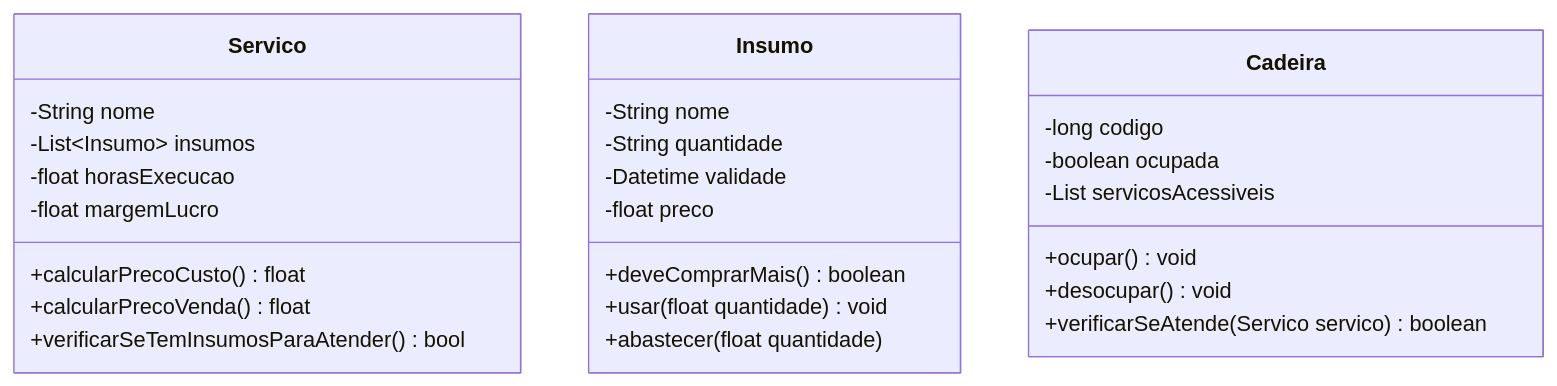
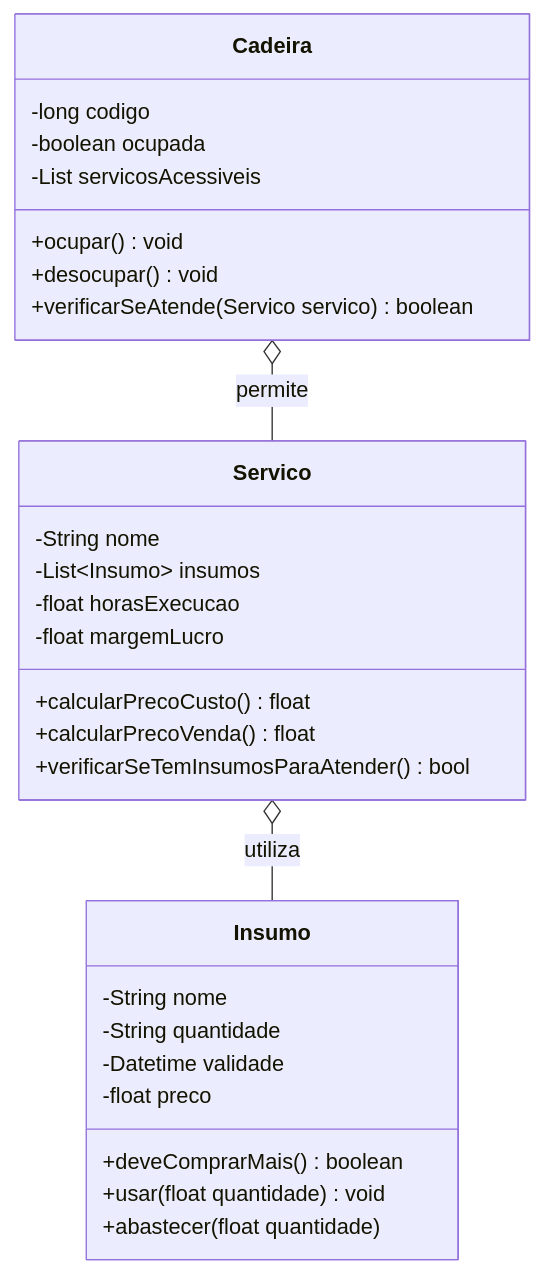
Before and after one commit to alessandrocabralfatec/linguagemprogramacao1: the third of 3 diagrams in aula04/src/segmento/README.md, drawn with Mermaid.

Commit message:
docs(readme): relacao entre classes da Salao

````diff
--- a/aula04/src/segmento/README.md
+++ b/aula04/src/segmento/README.md
@@ -135,40 +135,43 @@
 ```mermaid
 classDiagram
 title Salao
-    
+
+    Servico o-- Insumo : utiliza
+    Cadeira o-- Servico : permite
+        
     class Servico {
         -String nome
         -List~Insumo~ insumos
         -float horasExecucao
         -float margemLucro
         
         +calcularPrecoCusto()float
         +calcularPrecoVenda() float
         +verificarSeTemInsumosParaAtender() bool
         
     }
     
     class Insumo {
         -String nome 
         -String quantidade
         -Datetime validade
         -float preco
         
         +deveComprarMais() boolean
         +usar(float quantidade) void
         +abastecer(float quantidade)
     }
     
     class Cadeira {
         -long codigo
         -boolean ocupada
         -List<Servico> servicosAcessiveis
         
         +ocupar() void
         +desocupar() void
         +verificarSeAtende(Servico servico) boolean
         
     }  
     
    
 ```
````
